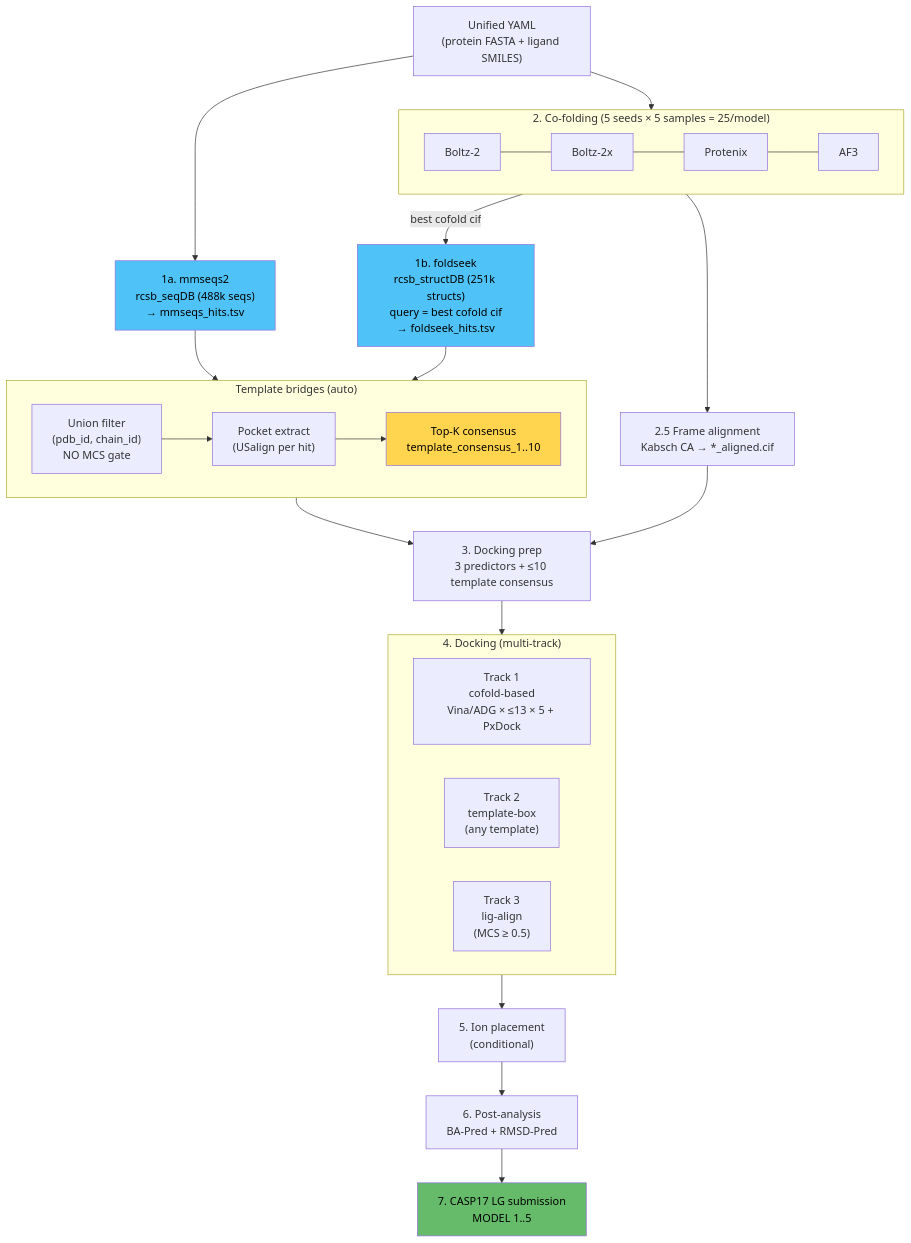
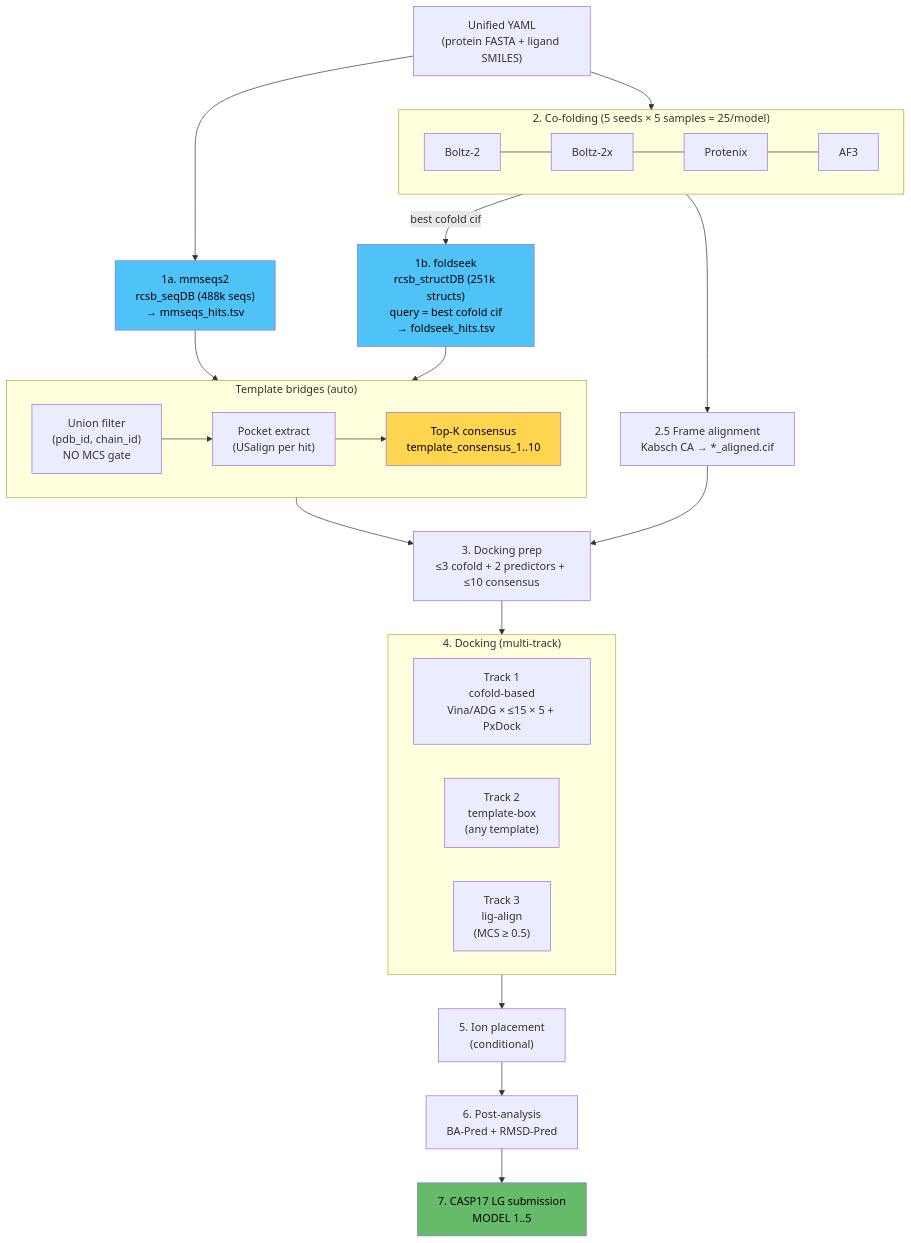
One commit to eightmm/mosaic-pl changed the first of 4 diagrams in docs/pipeline.md. Above: the diagram before and after it, drawn with Mermaid. The commit also changed other lines of this file and 5 other files, not shown here.

````diff
--- a/docs/pipeline.md
+++ b/docs/pipeline.md
@@ -11,50 +11,50 @@
 ```mermaid
 flowchart TB
     INPUT["Unified YAML\n(protein FASTA + ligand SMILES)"]
 
     MM["1a. mmseqs2\nrcsb_seqDB (488k seqs)\n→ mmseqs_hits.tsv"]
 
     subgraph S2["2. Co-folding (5 seeds × 5 samples = 25/model)"]
         direction LR
         B2["Boltz-2"] --- B2X["Boltz-2x"] --- PTX["Protenix"] --- AF3["AF3"]
     end
 
     FS["1b. foldseek\nrcsb_structDB (251k structs)\nquery = best cofold cif\n→ foldseek_hits.tsv"]
 
     subgraph SB["Template bridges (auto)"]
         direction LR
         F1["Union filter\n(pdb_id, chain_id)\nNO MCS gate"] --> F2["Pocket extract\n(USalign per hit)"] --> F3["Top-K consensus\ntemplate_consensus_1..10"]
     end
 
     AL["2.5 Frame alignment\nKabsch CA → *_aligned.cif"]
-    PREP["3. Docking prep\n3 predictors + ≤10 template consensus"]
+    PREP["3. Docking prep\n≤3 cofold + 2 predictors + ≤10 consensus"]
 
     subgraph S5["4. Docking (multi-track)"]
         direction LR
-        T1["Track 1\ncofold-based\nVina/ADG × ≤13 × 5 + PxDock"]
+        T1["Track 1\ncofold-based\nVina/ADG × ≤15 × 5 + PxDock"]
         T2["Track 2\ntemplate-box\n(any template)"]
         T3["Track 3\nlig-align\n(MCS ≥ 0.5)"]
     end
 
     ION["5. Ion placement\n(conditional)"]
     POST["6. Post-analysis\nBA-Pred + RMSD-Pred"]
     LG["7. CASP17 LG submission\nMODEL 1..5"]
 
     INPUT --> MM
     INPUT --> S2
     S2 -->|"best cofold cif"| FS
     MM --> SB
     FS --> SB
     S2 --> AL
     SB --> PREP
     AL --> PREP
     PREP --> S5
     S5 --> ION
     ION --> POST
     POST --> LG
 
     style MM fill:#4fc3f7,color:#000
     style FS fill:#4fc3f7,color:#000
     style F3 fill:#ffd54f,color:#000
     style LG fill:#66bb6a,color:#000
 ```
````
